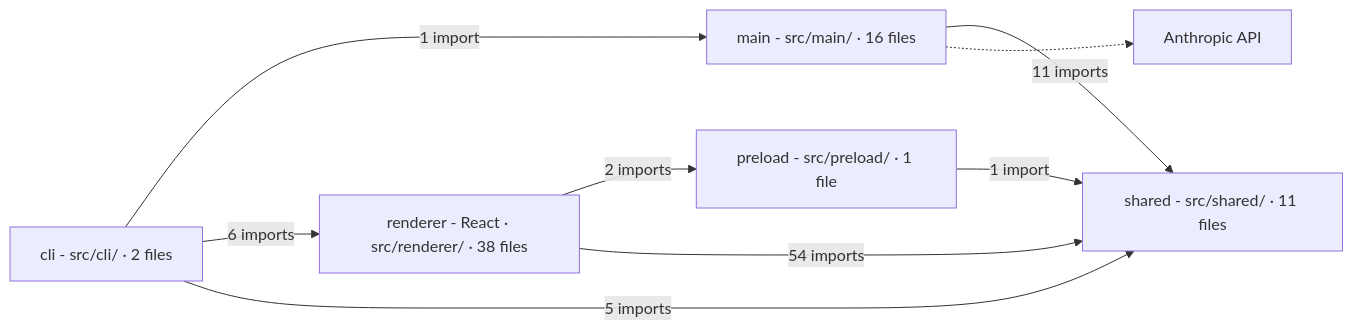
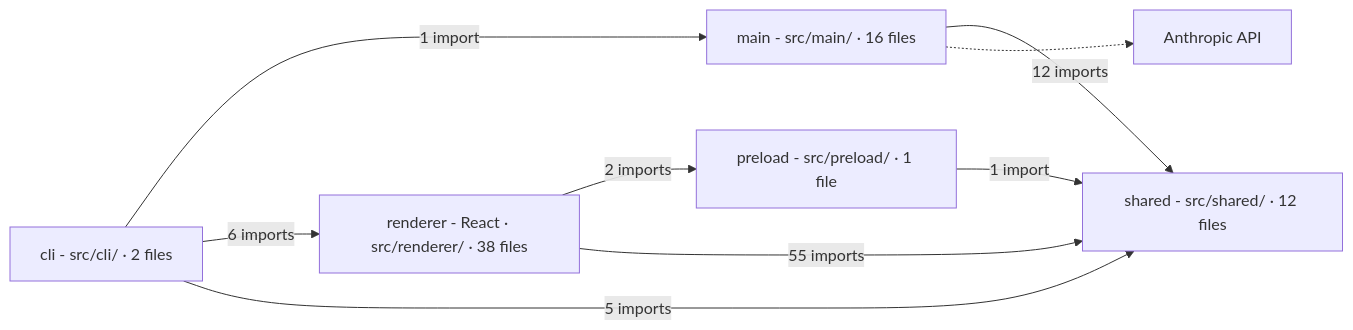
One commit to Sarthak-47/crtgrphr changed the diagram in docs/architecture.md. Above: the diagram before and after it, drawn with Mermaid. The commit also changed 11 other files, not shown here.

````diff
--- a/docs/architecture.md
+++ b/docs/architecture.md
@@ -3,20 +3,20 @@
 ```mermaid
 flowchart LR
   dir_src_cli["cli - src/cli/ · 2 files"]
   dir_src_main["main - src/main/ · 16 files"]
   dir_src_preload["preload - src/preload/ · 1 file"]
   dir_src_renderer["renderer - React · src/renderer/ · 38 files"]
-  dir_src_shared["shared - src/shared/ · 11 files"]
+  dir_src_shared["shared - src/shared/ · 12 files"]
   anthropic_api["Anthropic API"]
   dir_src_cli -->|"1 import"| dir_src_main
   dir_src_cli -->|"6 imports"| dir_src_renderer
   dir_src_cli -->|"5 imports"| dir_src_shared
-  dir_src_main -->|"11 imports"| dir_src_shared
+  dir_src_main -->|"12 imports"| dir_src_shared
   dir_src_preload -->|"1 import"| dir_src_shared
   dir_src_renderer -->|"2 imports"| dir_src_preload
-  dir_src_renderer -->|"54 imports"| dir_src_shared
+  dir_src_renderer -->|"55 imports"| dir_src_shared
   dir_src_main -.-> anthropic_api
   class dir_src_cli,dir_src_main,dir_src_preload,dir_src_shared backend
   class dir_src_renderer frontend
   class anthropic_api service
 ```
````
